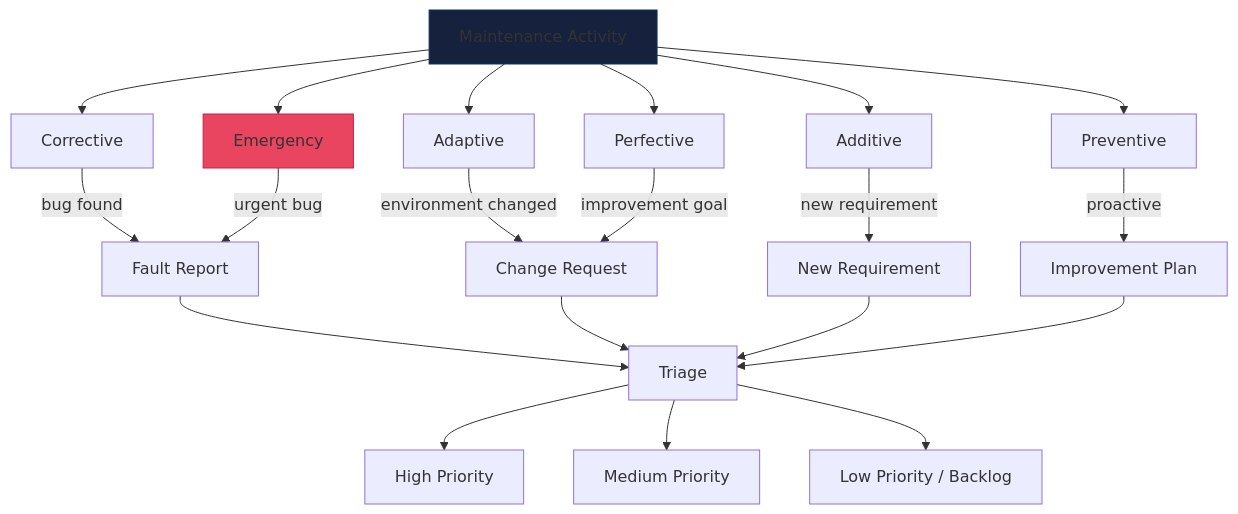
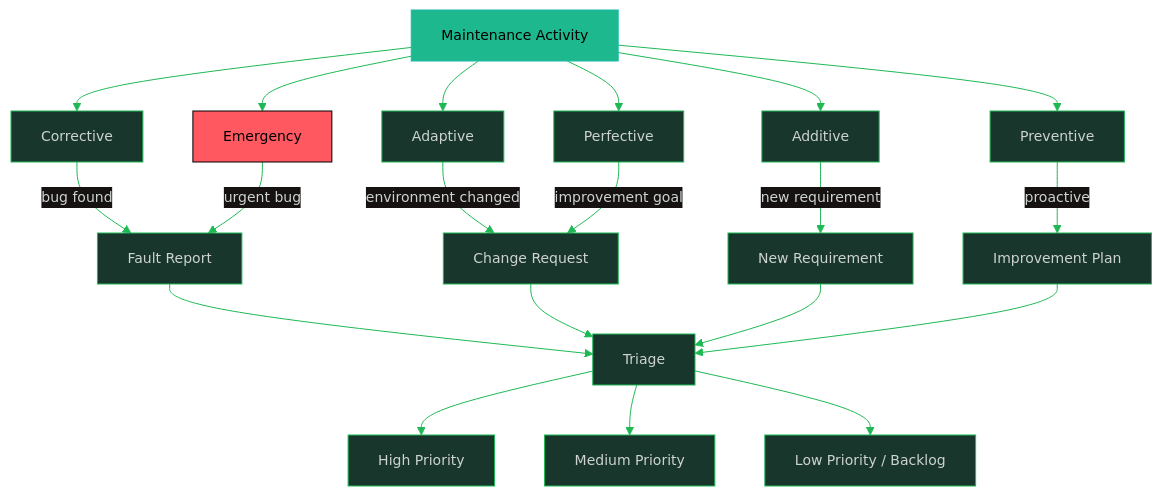
Before and after one commit to oat431/swe-knowledge: the third of 5 diagrams in software-engineering-note/07_Software_Maintenance/07_Maintenance_Fundamentals.md, drawn with Mermaid. The commit also changed other lines of this file and 10 other files, not shown here.

````diff
--- a/software-engineering-note/07_Software_Maintenance/07_Maintenance_Fundamentals.md
+++ b/software-engineering-note/07_Software_Maintenance/07_Maintenance_Fundamentals.md
@@ -143,28 +145,29 @@
 ```mermaid
+%%{init: {'theme':'base','themeVariables':{'primaryColor':'#19362D','primaryTextColor':'#CDD3D1','primaryBorderColor':'#1FB854','lineColor':'#1FB854','secondaryColor':'#161212','tertiaryColor':'#1B1717','background':'#1B1717','mainBkg':'#19362D','nodeBorder':'#1FB854','clusterBkg':'#161212','clusterBorder':'#19362D','titleColor':'#1FB854','edgeLabelBackground':'#161212','fontSize':'14px'}}}%%
 graph TD
     M[Maintenance Activity] --> C[Corrective]
     M --> A[Adaptive]
     M --> P[Perfective]
     M --> PR[Preventive]
     M --> AD[Additive]
     M --> E[Emergency]
 
     C -->|bug found| F[Fault Report]
     E -->|urgent bug| F
     A -->|environment changed| CR[Change Request]
     P -->|improvement goal| CR
     AD -->|new requirement| NR[New Requirement]
     PR -->|proactive| IP[Improvement Plan]
 
     F --> TR[Triage]
     CR --> TR
     NR --> TR
     IP --> TR
 
     TR --> P1[High Priority]
     TR --> P2[Medium Priority]
     TR --> P3[Low Priority / Backlog]
 
-    style M fill:#16213e,stroke:#0f3460
-    style E fill:#e94560,stroke:#c81d4e
+    style M fill:#1EB88E,stroke:#1FB8AB,color:#000000
+    style E fill:#FF5861,stroke:#000000,color:#000000
 ```
````
